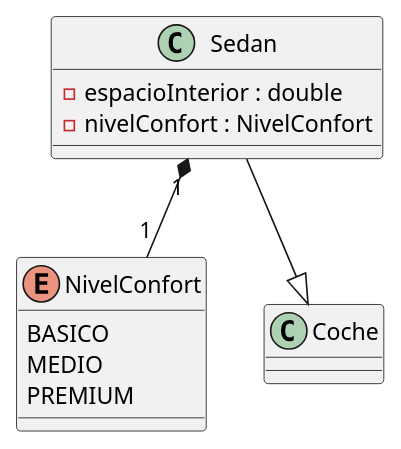
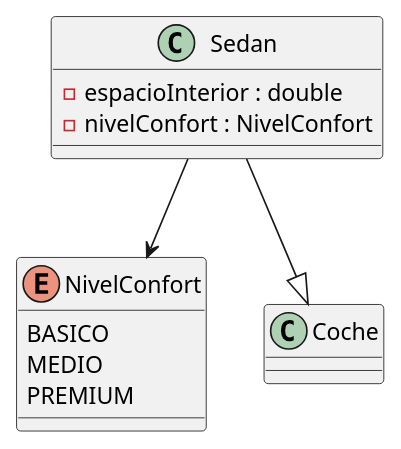
One commit to xLucaPMx/UT5_ED_Prog changed the diagram in uml/Sedan.puml. Above: the diagram before and after it, drawn with PlantUML. The commit also changed 4 other files, not shown here.

```diff
--- a/uml/Sedan.puml
+++ b/uml/Sedan.puml
@@ -1,16 +1,16 @@
 @startuml Sedan
 class Sedan {
 -espacioInterior : double
 -nivelConfort : NivelConfort
 }
 
 enum NivelConfort {
   BASICO
   MEDIO
   PREMIUM
 }
 
 Sedan --|> Coche
-Sedan "1" *-- "1" NivelConfort
+Sedan --> NivelConfort
 
 @enduml
```
